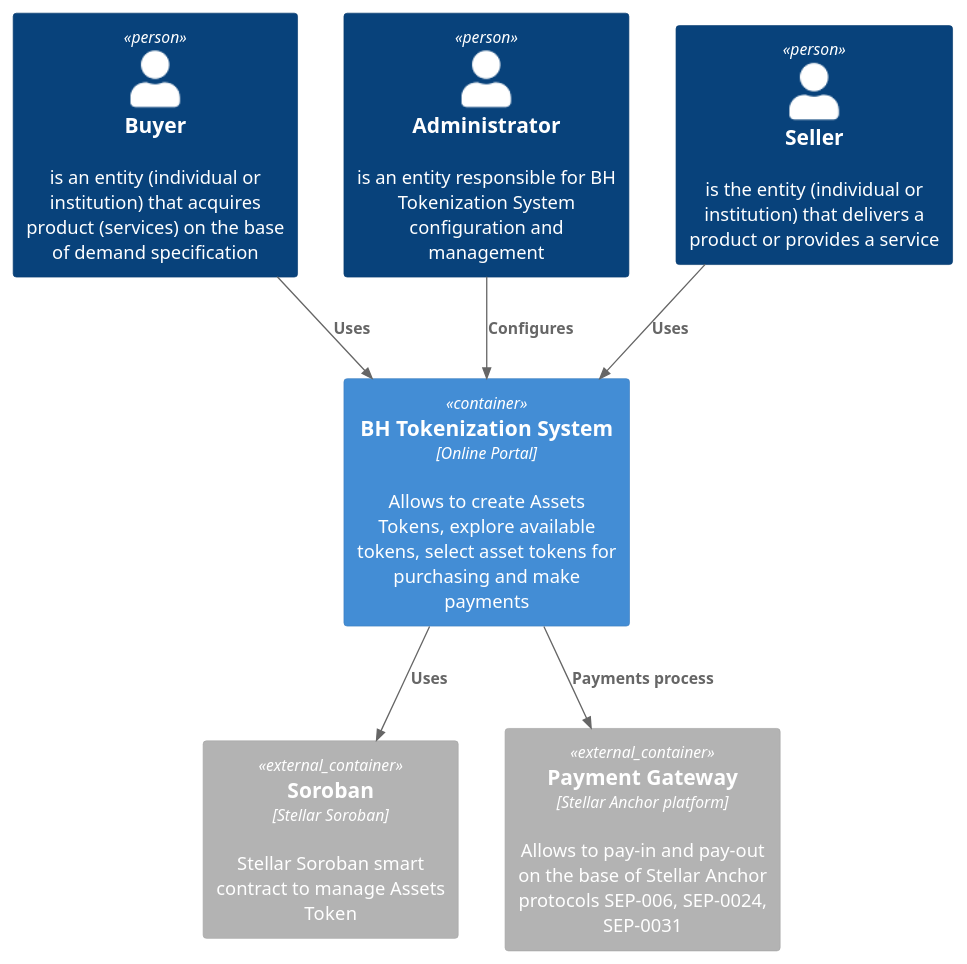
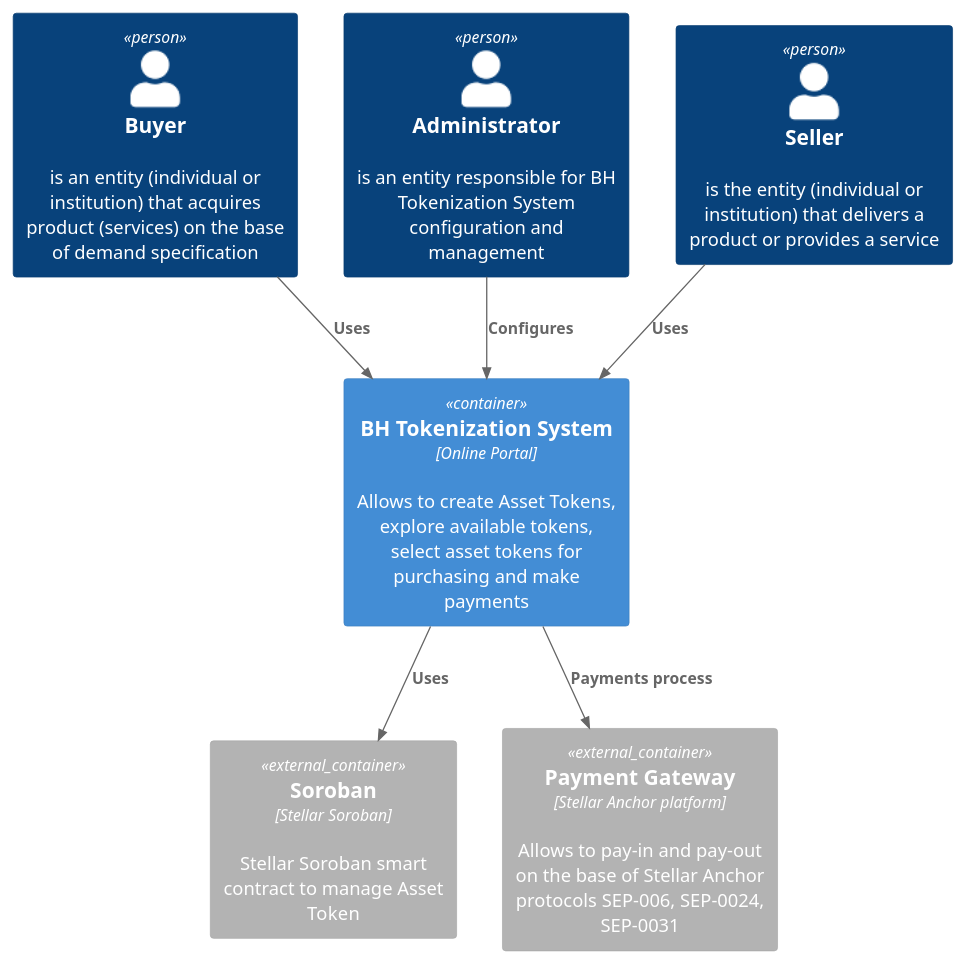
Before and after one commit to TatarinovIgor/birdhouse-contract: the diagram in uml/BHTokenization_C4_level1.puml, drawn with PlantUML. The commit also changed 7 other files, not shown here.

Commit message:
fixes for diagrams

```diff
--- a/uml/BHTokenization_C4_level1.puml
+++ b/uml/BHTokenization_C4_level1.puml
@@ -1,18 +1,18 @@
 @startuml
 !include https://raw.githubusercontent.com/plantuml-stdlib/C4-PlantUML/master/C4_Container.puml
 
 Person(Buyer, "Buyer", "is an entity (individual or institution) that acquires product (services) on the base of demand specification")
 Person(Administrator, "Administrator", "is an entity responsible for BH Tokenization System configuration and management")
 Person(Seller, "Seller", "is the entity (individual or institution) that delivers a product or provides a service")
-Container(SystemD, "BH Tokenization System", "Online Portal", "Allows to create Assets Tokens, explore available tokens, select asset tokens for purchasing and make payments")
-Container_Ext(Soroban, "Soroban", "Stellar Soroban", "Stellar Soroban smart contract to manage Assets Token")
+Container(SystemD, "BH Tokenization System", "Online Portal", "Allows to create Asset Tokens, explore available tokens, select asset tokens for purchasing and make payments")
+Container_Ext(Soroban, "Soroban", "Stellar Soroban", "Stellar Soroban smart contract to manage Asset Token")
 Container_Ext(Payment, "Payment Gateway", "Stellar Anchor platform", "Allows to pay-in and pay-out on the base of Stellar Anchor protocols SEP-006, SEP-0024, SEP-0031")
 
 Rel(Buyer, SystemD,  "Uses")
 Rel(Administrator, SystemD,  "Configures")
 Rel(Seller, SystemD,  "Uses")
 Rel(SystemD, Payment,  "Payments process")
 
 Rel(SystemD, Soroban,  "Uses")
 
 @enduml
```
